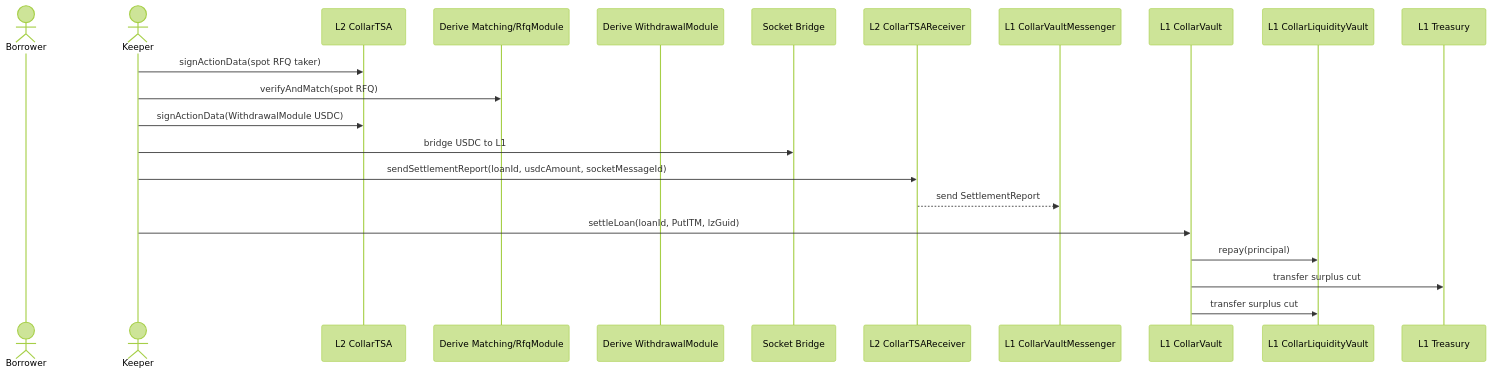
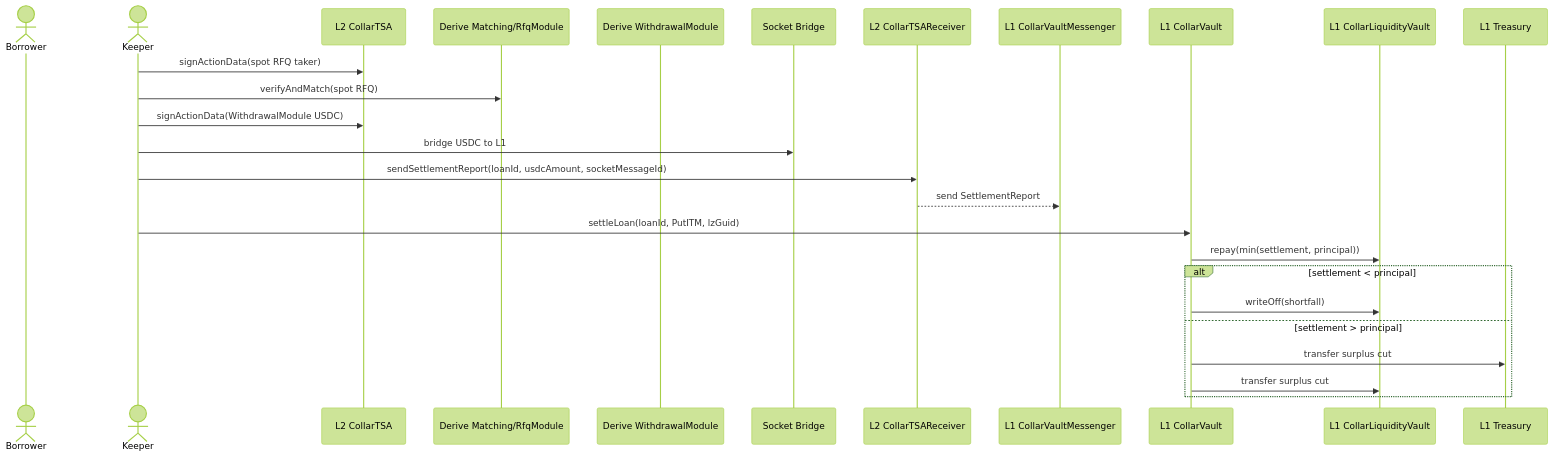
The third of 5 diagrams in docs/SPEC.md (valo/musical-bassoon), drawn with Mermaid (forest theme) before and after one commit. The commit also changed other lines of this file and 2 other files, not shown here.

First line of the commit message:
Handle shortfall during loan settlement in the Put-ITM case

````diff
--- a/docs/SPEC.md
+++ b/docs/SPEC.md
@@ -209,25 +209,29 @@
 ```mermaid
 sequenceDiagram
   actor Borrower
   actor Keeper
   participant TSA as L2 CollarTSA
   participant Match as Derive Matching/RfqModule
   participant Withdraw as Derive WithdrawalModule
   participant Socket as Socket Bridge
   participant L2Recv as L2 CollarTSAReceiver
   participant LZ as L1 CollarVaultMessenger
   participant Vault as L1 CollarVault
   participant Liquidity as L1 CollarLiquidityVault
   participant Treasury as L1 Treasury
 
   Keeper->>TSA: signActionData(spot RFQ taker)
   Keeper->>Match: verifyAndMatch(spot RFQ)
   Keeper->>TSA: signActionData(WithdrawalModule USDC)
   Keeper->>Socket: bridge USDC to L1
   Keeper->>L2Recv: sendSettlementReport(loanId, usdcAmount, socketMessageId)
   L2Recv-->>LZ: send SettlementReport
   Keeper->>Vault: settleLoan(loanId, PutITM, lzGuid)
-  Vault->>Liquidity: repay(principal)
-  Vault->>Treasury: transfer surplus cut
-  Vault->>Liquidity: transfer surplus cut
+  Vault->>Liquidity: repay(min(settlement, principal))
+  alt settlement < principal
+    Vault->>Liquidity: writeOff(shortfall)
+  else settlement > principal
+    Vault->>Treasury: transfer surplus cut
+    Vault->>Liquidity: transfer surplus cut
+  end
 ```
````
